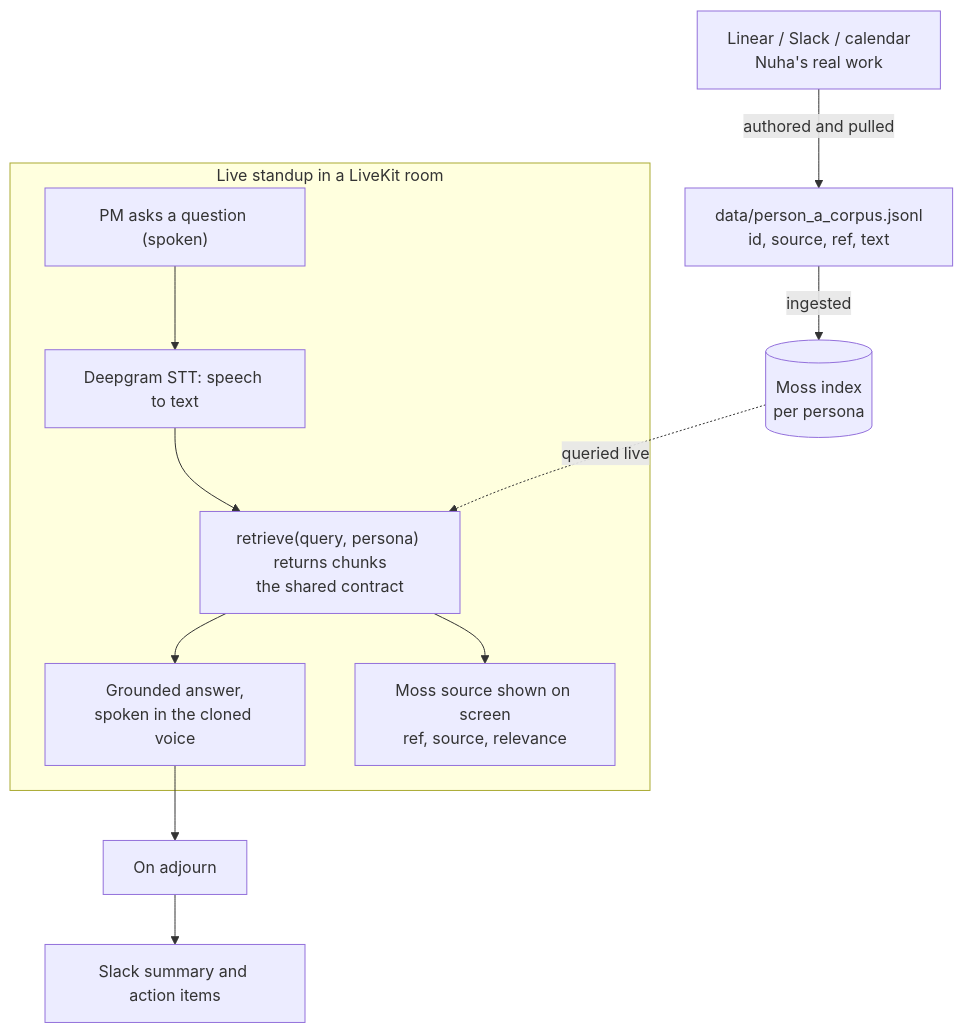
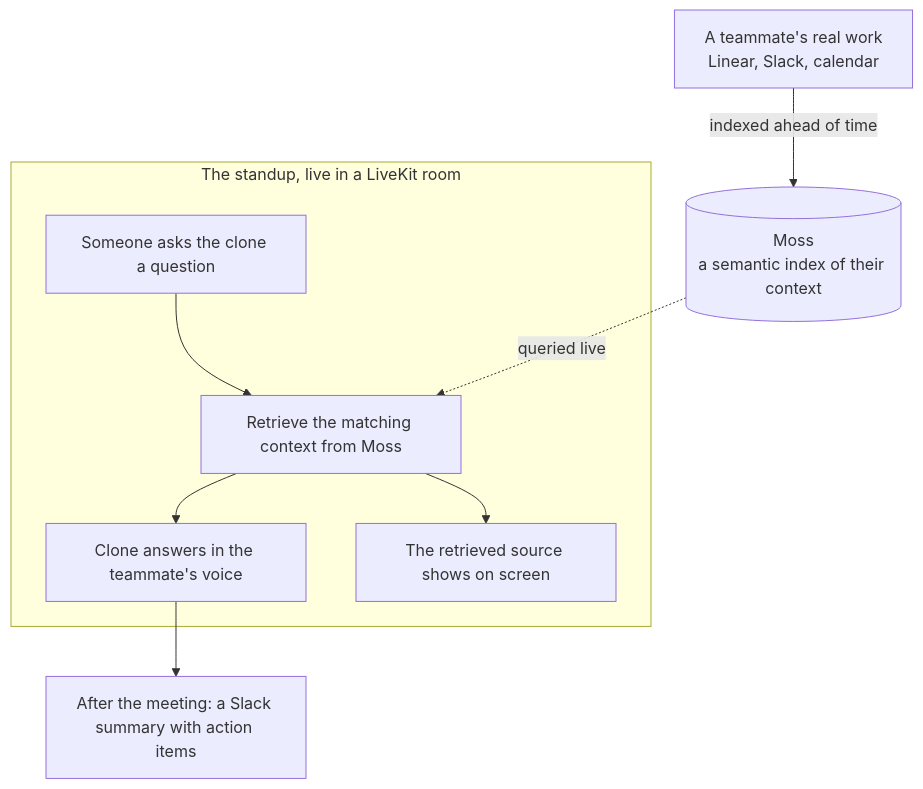
One commit to nuhamohamed/voiceai changed the diagram in README.md. Above: the diagram before and after it, drawn with Mermaid. The commit also changed other lines of this file, not shown here.

Commit message:
docs(readme): rewrite as judge-facing vision doc (generic teammate, conceptual diagram, no internal coordination)

````diff
--- a/README.md
+++ b/README.md
@@ -9,24 +27,19 @@
 ```mermaid
 flowchart TB
-    src["Linear / Slack / calendar<br/>Nuha's real work"]
-    corpus["data/person_a_corpus.jsonl<br/>id, source, ref, text"]
-    moss[("Moss index<br/>per persona")]
+    src["A teammate's real work<br/>Linear, Slack, calendar"]
+    moss[("Moss<br/>a semantic index of their context")]
+    src -->|indexed ahead of time| moss
 
-    src -->|authored and pulled| corpus
-    corpus -->|ingested| moss
-
-    subgraph room["Live standup in a LiveKit room"]
-        pm["PM asks a question (spoken)"]
-        stt["Deepgram STT: speech to text"]
-        ret["retrieve(query, persona) returns chunks<br/>the shared contract"]
-        ans["Grounded answer,<br/>spoken in the cloned voice"]
-        trace["Moss source shown on screen<br/>ref, source, relevance"]
-        pm --> stt --> ret
+    subgraph room["The standup, live in a LiveKit room"]
+        q["Someone asks the clone a question"]
+        ret["Retrieve the matching context from Moss"]
+        ans["Clone answers in the teammate's voice"]
+        screen["The retrieved source shows on screen"]
+        q --> ret
         ret --> ans
-        ret --> trace
+        ret --> screen
     end
 
     moss -.->|queried live| ret
-    ans --> adj["On adjourn"]
-    adj --> slack["Slack summary and action items"]
+    ans --> slack["After the meeting: a Slack summary with action items"]
 ```
````
